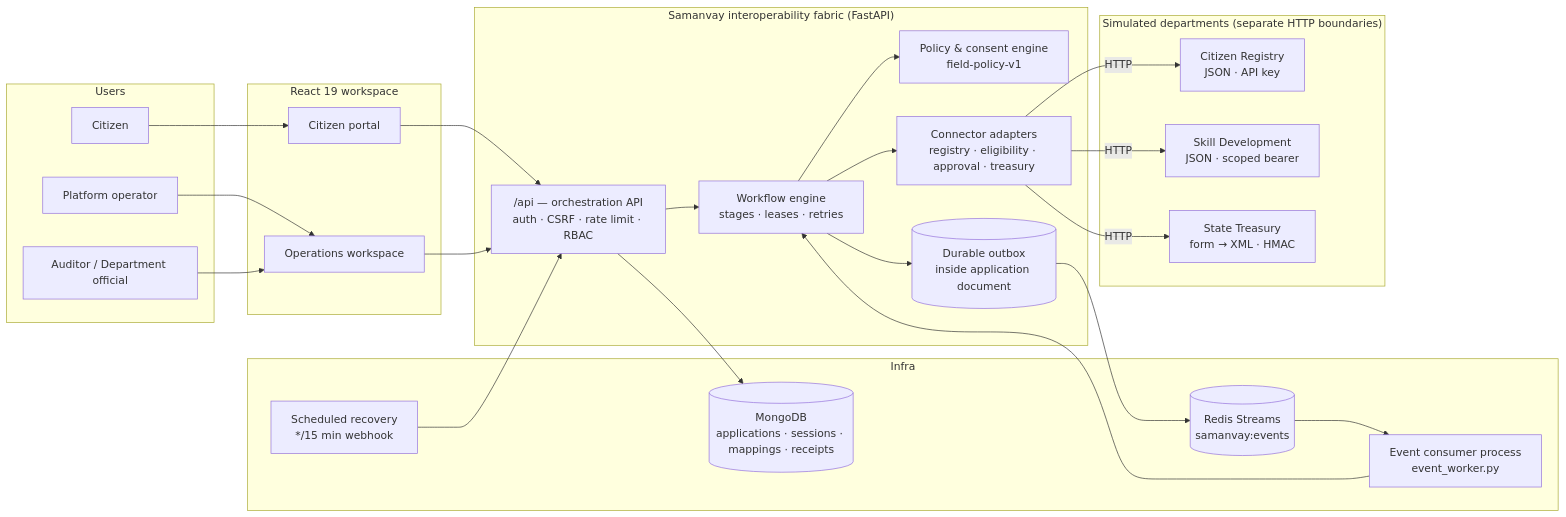
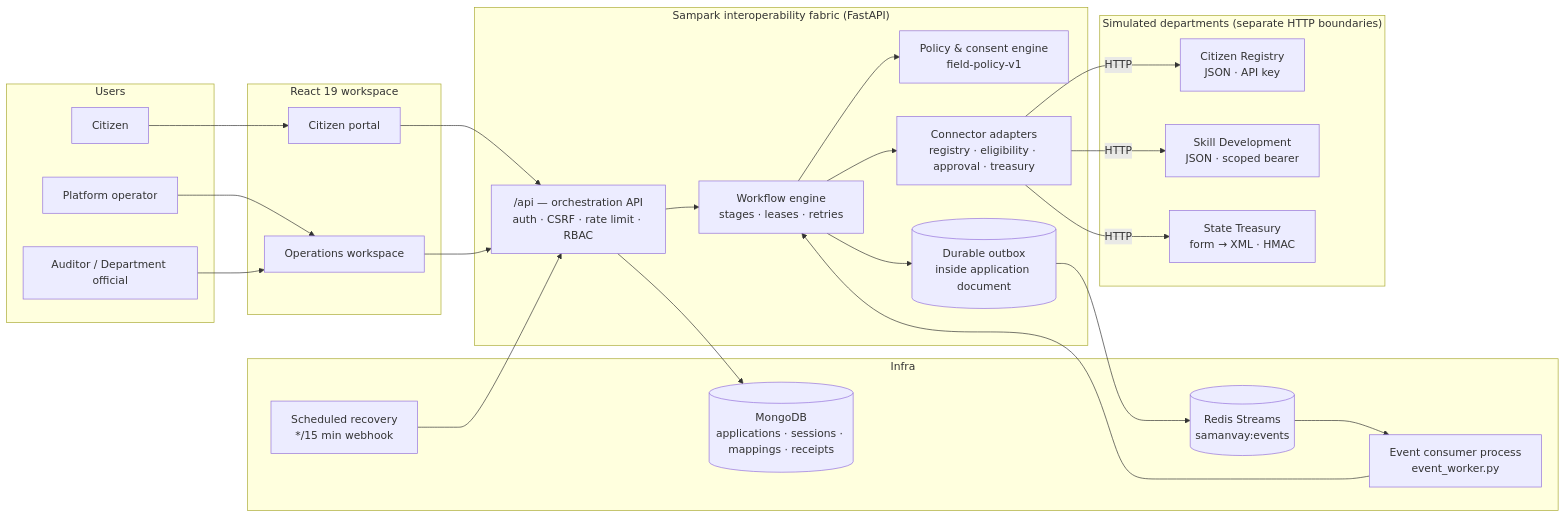
The first of 6 diagrams in README.md (abhinavsingla012/sih_project), drawn with Mermaid before and after one commit. The commit also changed other lines of this file and 7 other files, not shown here.

````diff
--- a/README.md
+++ b/README.md
@@ -75,46 +75,46 @@
 ```mermaid
 flowchart LR
     subgraph Users
         C[Citizen]
         O[Platform operator]
         A[Auditor / Department official]
     end
 
     subgraph Frontend["React 19 workspace"]
         CP[Citizen portal]
         OW[Operations workspace]
     end
 
-    subgraph Fabric["Samanvay interoperability fabric (FastAPI)"]
+    subgraph Fabric["Sampark interoperability fabric (FastAPI)"]
         API["/api — orchestration API<br/>auth · CSRF · rate limit · RBAC"]
         WF[Workflow engine<br/>stages · leases · retries]
         POL[Policy & consent engine<br/>field-policy-v1]
         CONN[Connector adapters<br/>registry · eligibility · approval · treasury]
         OUT[(Durable outbox<br/>inside application document)]
     end
 
     subgraph Infra
         M[(MongoDB<br/>applications · sessions · mappings · receipts)]
         R[(Redis Streams<br/>samanvay:events)]
         W[Event consumer process<br/>event_worker.py]
         CRON[Scheduled recovery<br/>*/15 min webhook]
     end
 
     subgraph Departments["Simulated departments (separate HTTP boundaries)"]
         D1[Citizen Registry<br/>JSON · API key]
         D2[Skill Development<br/>JSON · scoped bearer]
         D3[State Treasury<br/>form → XML · HMAC]
     end
 
     C --> CP --> API
     O --> OW --> API
     A --> OW
     API --> WF --> POL
     WF --> CONN
     API --> M
     WF --> OUT --> R --> W --> WF
     CRON --> API
     CONN -- HTTP --> D1
     CONN -- HTTP --> D2
     CONN -- HTTP --> D3
 ```
````
